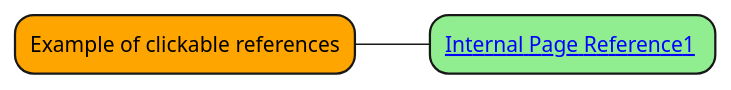
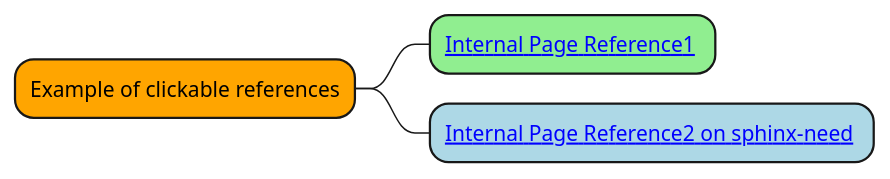
Before and after one commit to mi-parkes/sphinx-diagram-connect: the diagram in source/test/textx/testz/test-plantuml3.rst, drawn with PlantUML. The commit also changed other lines of this file and 71 other files, not shown here.

```diff
--- a/source/test/textx/testz/test-plantuml3.rst
+++ b/source/test/textx/testz/test-plantuml3.rst
@@ -16,10 +16,11 @@
 .. uml::
     :caption: PlantUML Caption with **bold** and *italic*
     :name: PlantUML Label2
 
     @startmindmap mindmap2
 
     *[#Orange] Example of clickable references
     **[#lightgreen] [[ ":ref:`plantuml label1`" Internal Page Reference1 ]]
+    **[#lightblue] [[ ":ref:`N_00001`" Internal Page Reference2 on sphinx-need ]]
 
     @endmindmap
```
